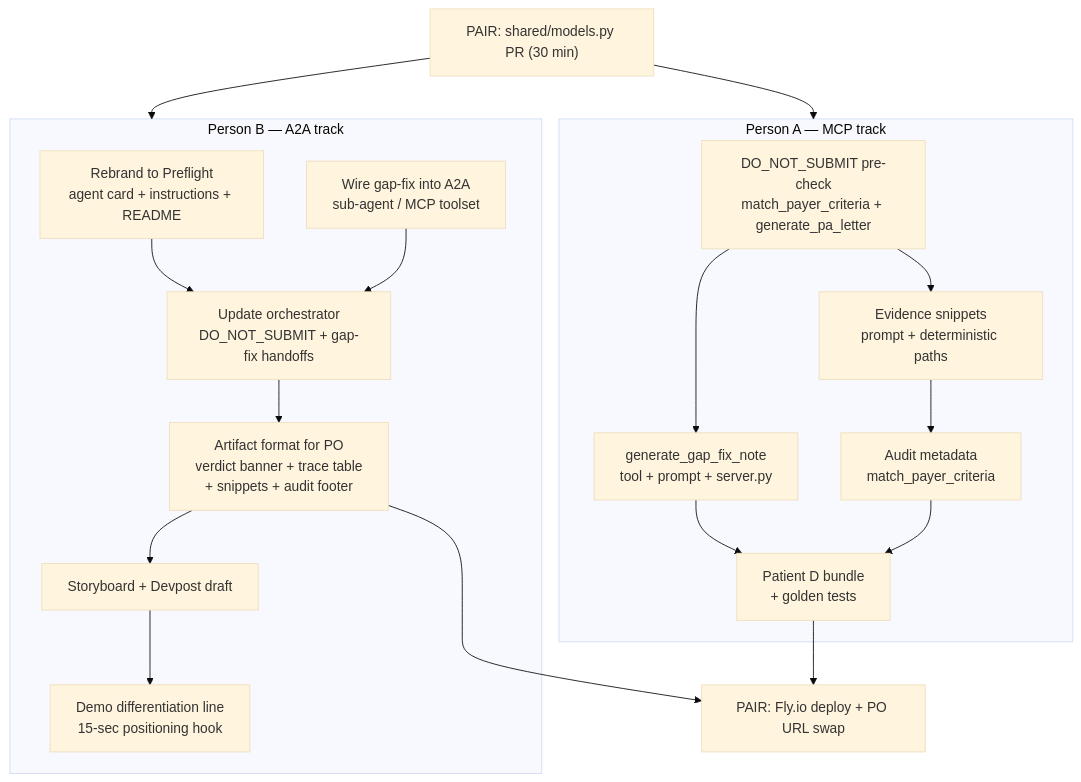
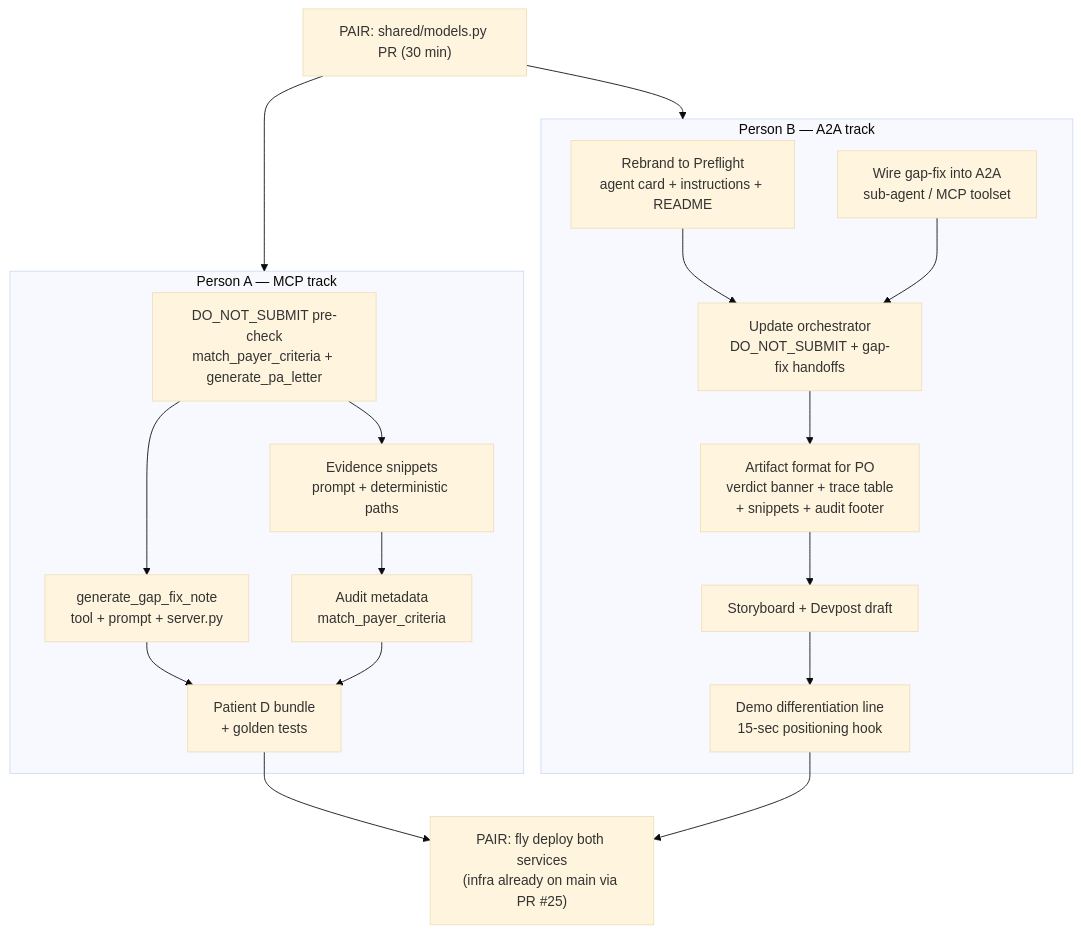
Before and after one commit to agents-assemble/priorauth-agent: the diagram in docs/DIFFERENTIATION_PLAN.md, drawn with Mermaid (base theme). The commit also changed other lines of this file, not shown here.

Commit message:
docs: mark Fly.io as infra-complete, re-deploy only after features merge

````diff
--- a/docs/DIFFERENTIATION_PLAN.md
+++ b/docs/DIFFERENTIATION_PLAN.md
@@ -69,36 +69,36 @@
 ```mermaid
 flowchart TD
     Gate["PAIR: shared/models.py PR (30 min)"]
     Gate --> PersonA_track
     Gate --> PersonB_track
     
     subgraph PersonA_track ["Person A — MCP track"]
         A1["DO_NOT_SUBMIT pre-check\nmatch_payer_criteria + generate_pa_letter"]
         A2["generate_gap_fix_note\ntool + prompt + server.py"]
         A3["Evidence snippets\nprompt + deterministic paths"]
         A4["Audit metadata\nmatch_payer_criteria"]
         A5["Patient D bundle\n+ golden tests"]
         A1 --> A2
         A3 --> A4
         A1 --> A3
         A2 --> A5
         A4 --> A5
     end
     
     subgraph PersonB_track ["Person B — A2A track"]
         B1["Rebrand to Preflight\nagent card + instructions + README"]
         B2["Wire gap-fix into A2A\nsub-agent / MCP toolset"]
         B3["Update orchestrator\nDO_NOT_SUBMIT + gap-fix handoffs"]
         B4["Artifact format for PO\nverdict banner + trace table\n+ snippets + audit footer"]
         B5["Storyboard + Devpost draft"]
         B6["Demo differentiation line\n15-sec positioning hook"]
         B1 --> B3
         B2 --> B3
         B3 --> B4
         B4 --> B5
         B5 --> B6
     end
     
-    A5 --> Deploy["PAIR: Fly.io deploy + PO URL swap"]
-    B4 --> Deploy
+    A5 --> Deploy["PAIR: fly deploy both services\n(infra already on main via PR #25)"]
+    B6 --> Deploy
 ```
````
